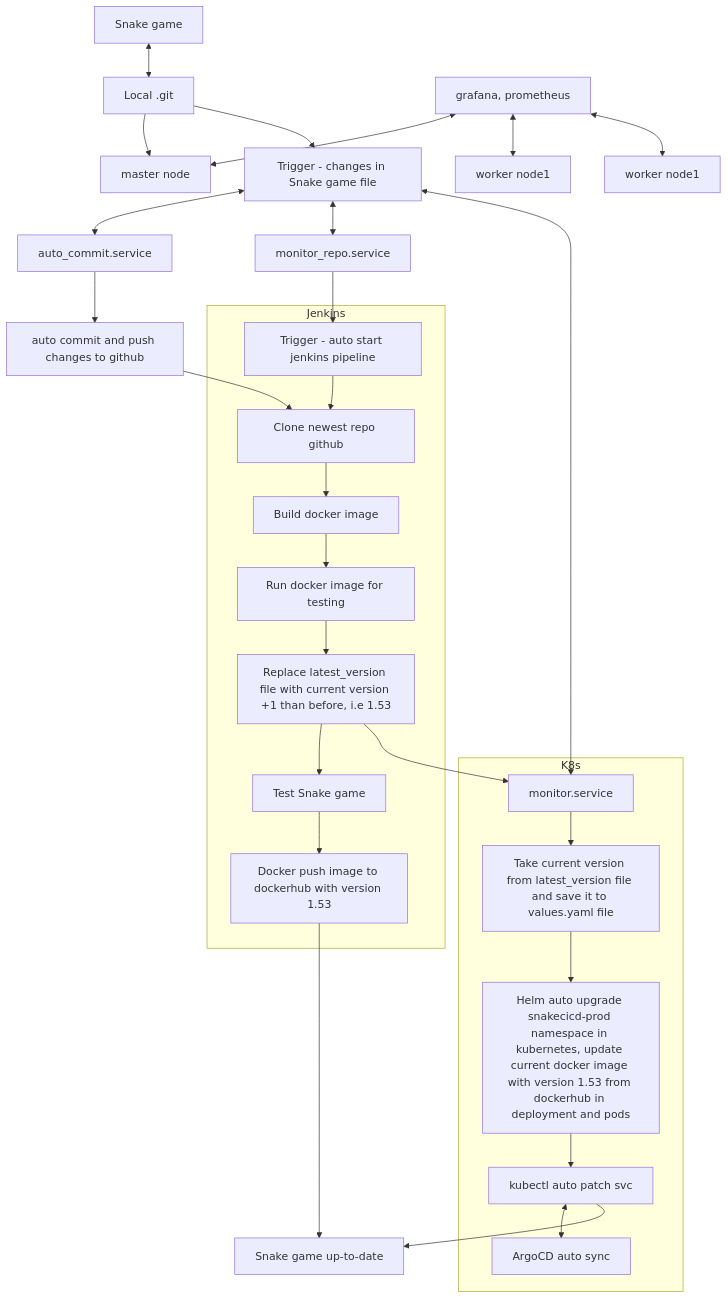
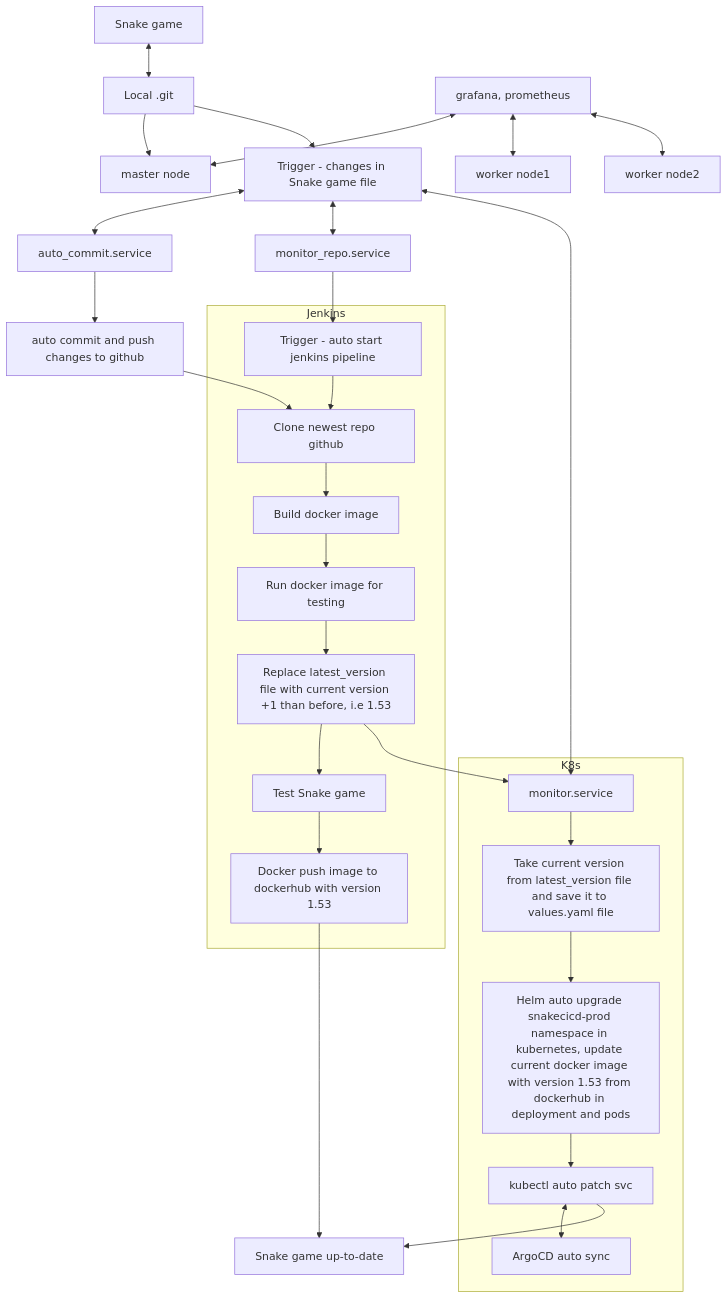
One commit to DanyAAD90/snakecicd changed the diagram in README.md. Above: the diagram before and after it, drawn with Mermaid.

Commit message:
Updated file: /home/tms_master_1/snake/.git/index.lock

````diff
--- a/README.md
+++ b/README.md
@@ -18,32 +18,32 @@
 ```mermaid
 flowchart TD
 A1[Snake game] <--> A[Local .git]
 A --> A2[master node]
 A5[grafana, prometheus] <--> A2
 A5 <--> A3[worker node1]
-A5 <--> A4[worker node1]
+A5 <--> A4[worker node2]
 E <--> B[auto_commit.service]
 E <--> C[monitor_repo.service]
 E <--> D[monitor.service]
 A --> E[Trigger - changes in Snake game file]
 B --> F[auto commit and push changes to github]
 C --> G[Trigger - auto start jenkins pipeline]
 subgraph Jenkins
 G --> H[Clone newest repo github]
 H --> I[Build docker image]
 I --> J[Run docker image for testing]
 J --> K[Replace latest_version file with current version +1 than before, i.e 1.53]
 K --> L[Test Snake game]
 L --> M[Docker push image to dockerhub with version 1.53]
 end
 subgraph K8s
 D --> N[Take current version from latest_version file and save it to values.yaml file]
 N --> O[Helm auto upgrade snakecicd-prod namespace in kubernetes, update current docker image with version 1.53 from dockerhub in deployment and pods]
 O --> P[kubectl auto patch svc]
 P <--> S[ArgoCD auto sync]
 end
 M --> R[Snake game up-to-date]
 F --> H
 P --> R
 K --> D
 ```
````
